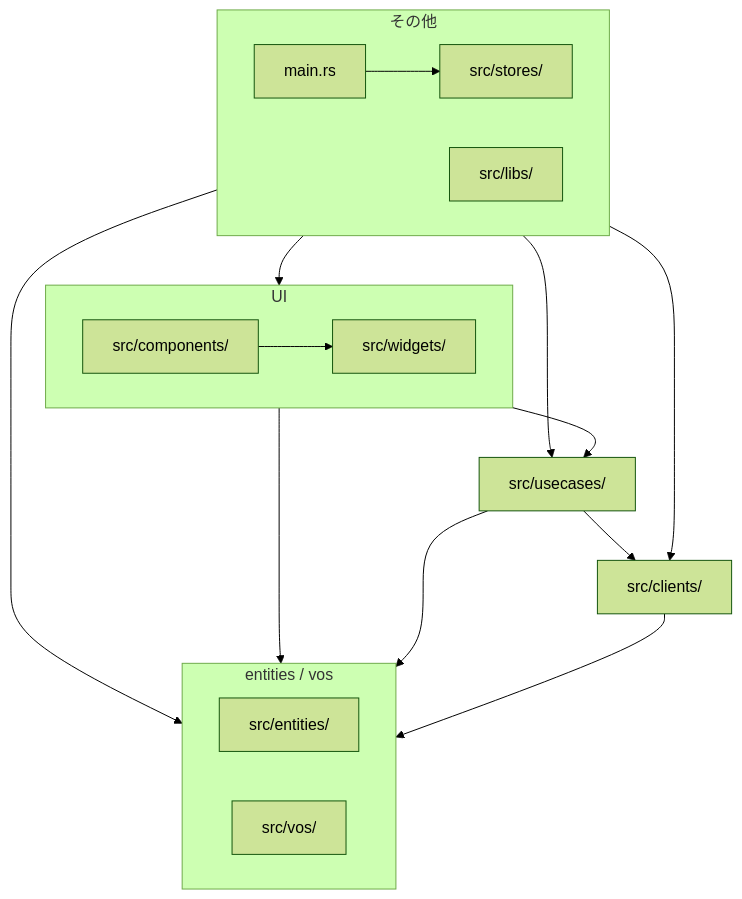
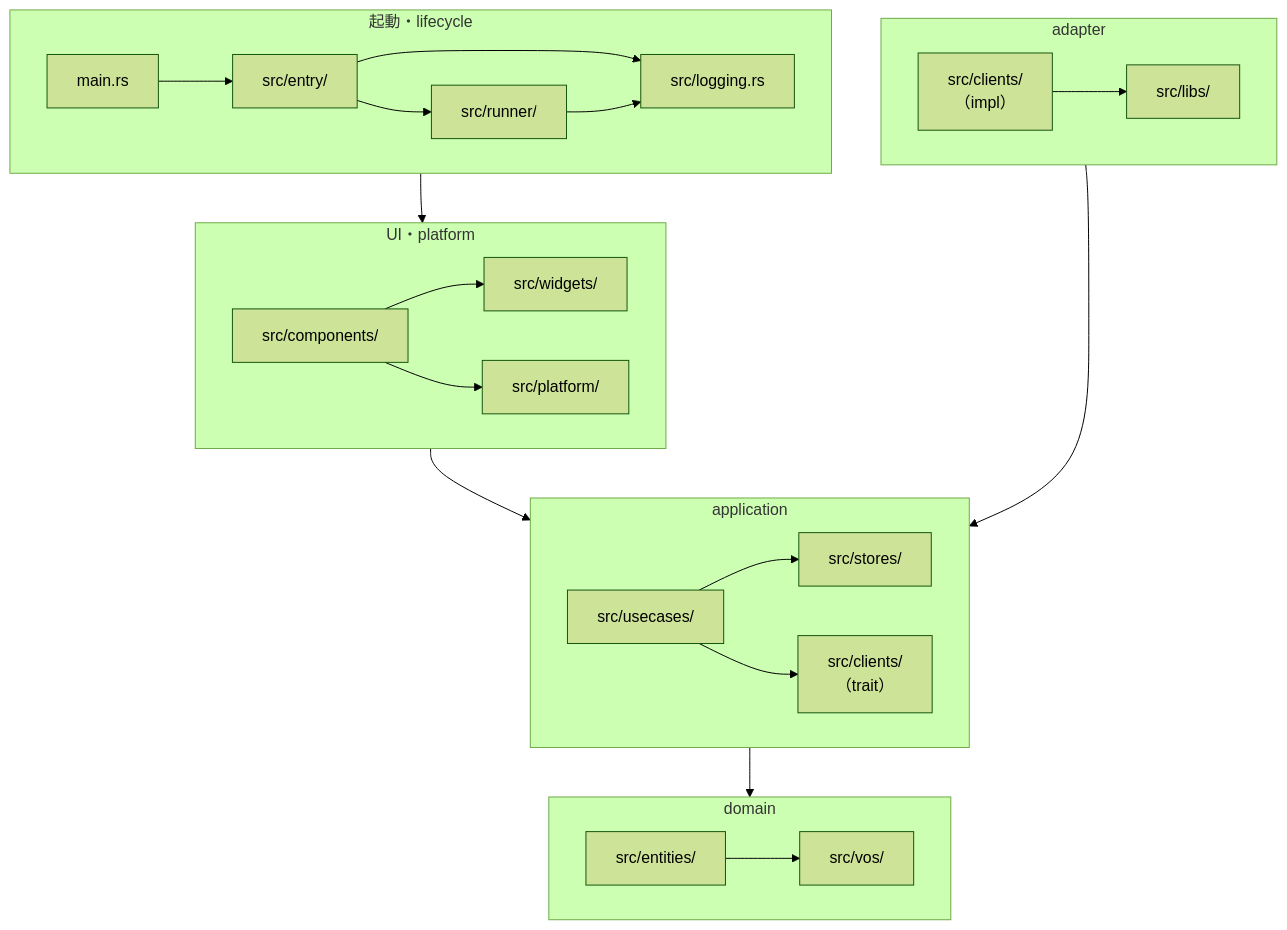
The first of 2 diagrams in docs/architecture.md (ano333333/redmine-tui), drawn with Mermaid (forest theme) before and after one commit. The commit also changed other lines of this file and 1 other file, not shown here.

Commit message:
docs: architectureにnative/Webのplatform境界を反映する

````diff
--- a/docs/architecture.md
+++ b/docs/architecture.md
@@ -50,32 +56,33 @@
 ```mermaid
 flowchart TD
-    subgraph grp_other["その他"]
-        main["main.rs"] --> stores["src/stores/"]
-        libs["src/libs/"]
+    subgraph layer_boot["起動・lifecycle"]
+        main["main.rs"] --> entry["src/entry/"]
+        entry --> runner["src/runner/"]
+        entry --> logging["src/logging.rs"]
+        runner --> logging
     end
 
-    subgraph grp_ui["UI"]
-        components["src/components/"] --> widgets["src/widgets/"]
+    subgraph layer_adapter["adapter"]
+        client_impls["src/clients/<br/>（impl）"] --> libs["src/libs/"]
     end
 
-    usecases["src/usecases/"]
-    clients["src/clients/"]
-
-    subgraph grp_core["entities / vos"]
-        entities["src/entities/"]
-        vos["src/vos/"]
+    subgraph layer_ui["UI・platform"]
+        components["src/components/"] --> widgets["src/widgets/"]
+        components --> platform["src/platform/"]
     end
 
-    grp_other --> grp_ui
-    grp_other --> usecases
-    grp_other --> clients
-    grp_other --> grp_core
+    subgraph layer_app["application"]
+        usecases["src/usecases/"] --> stores["src/stores/"]
+        usecases --> client_trait["src/clients/<br/>（trait）"]
+    end
 
-    grp_ui --> usecases
-    grp_ui --> grp_core
+    subgraph layer_domain["domain"]
+        entities["src/entities/"] --> vos["src/vos/"]
+    end
 
-    usecases --> clients
-    usecases --> grp_core
-
-    clients --> grp_core
+    layer_boot --> layer_ui
+    layer_ui --> layer_app
+    layer_adapter --> layer_app
+    layer_adapter ~~~ layer_ui
+    layer_app --> layer_domain
 ```
````
